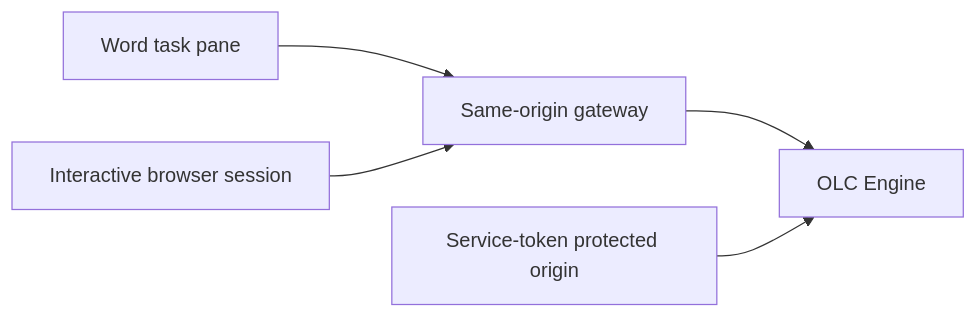
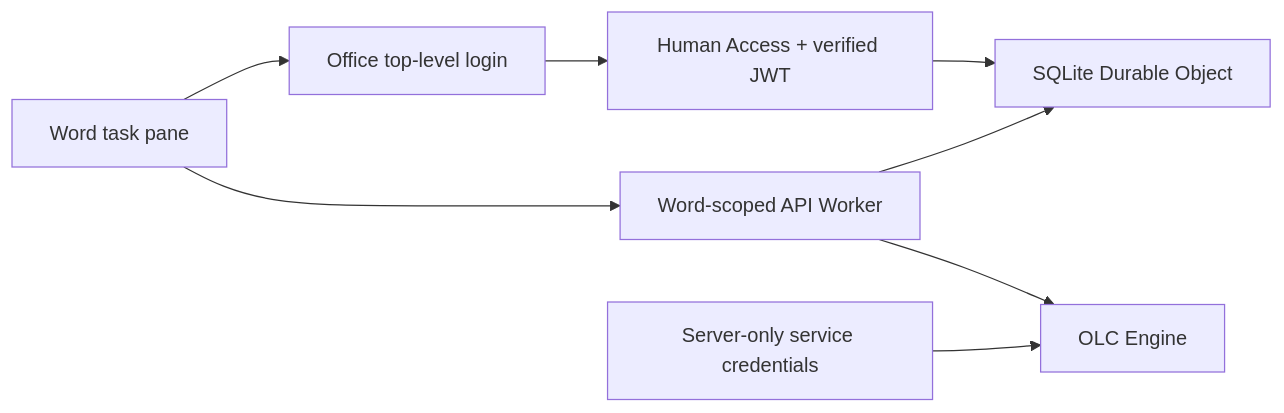
The diagram in docs/INTEGRATION.md (OpenLegalCore/olc-word-connector), drawn with Mermaid before and after one commit. The commit also changed other lines of this file and 42 other files, not shown here.

````diff
--- a/docs/INTEGRATION.md
+++ b/docs/INTEGRATION.md
@@ -23,7 +23,10 @@
 ```mermaid
 flowchart LR
-    Word["Word task pane"] --> Gateway["Same-origin gateway"]
-    Gateway --> Engine["OLC Engine"]
-    Identity["Interactive browser session"] --> Gateway
-    Access["Service-token protected origin"] --> Engine
+    Word["Word task pane"] --> API["Word-scoped API Worker"]
+    Word --> Dialog["Office top-level login"]
+    Dialog --> Auth["Human Access + verified JWT"]
+    Auth --> Store["SQLite Durable Object"]
+    API --> Store
+    API --> Engine["OLC Engine"]
+    Access["Server-only service credentials"] --> Engine
 ```
````
